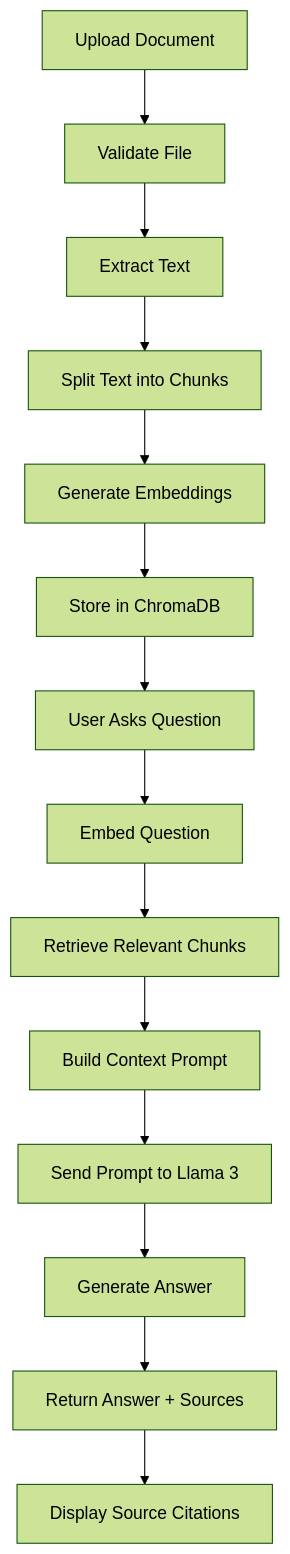
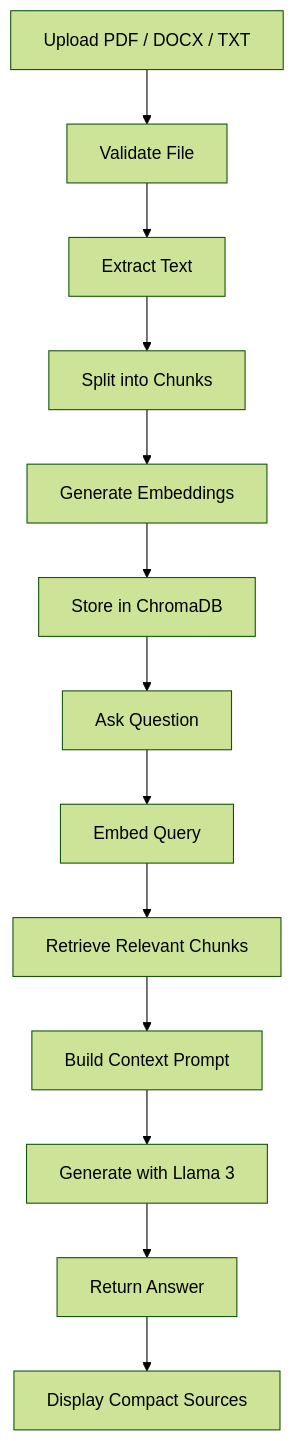
The second of 2 diagrams in README.md (JahnaviPolisetty/Local-RAG-with-LLaMa3), drawn with Mermaid (forest theme) before and after one commit. The commit also changed other lines of this file, not shown here.

````diff
--- a/README.md
+++ b/README.md
@@ -119,16 +98,15 @@
 ```mermaid
 flowchart TD
-    A["Upload Document"] --> B["Validate File"]
+    A["Upload PDF / DOCX / TXT"] --> B["Validate File"]
     B --> C["Extract Text"]
-    C --> D["Split Text into Chunks"]
+    C --> D["Split into Chunks"]
     D --> E["Generate Embeddings"]
     E --> F["Store in ChromaDB"]
-    F --> G["User Asks Question"]
-    G --> H["Embed Question"]
+    F --> G["Ask Question"]
+    G --> H["Embed Query"]
     H --> I["Retrieve Relevant Chunks"]
     I --> J["Build Context Prompt"]
-    J --> K["Send Prompt to Llama 3"]
-    K --> L["Generate Answer"]
-    L --> M["Return Answer + Sources"]
-    M --> N["Display Source Citations"]
+    J --> K["Generate with Llama 3"]
+    K --> L["Return Answer"]
+    L --> M["Display Compact Sources"]
 ```
````
